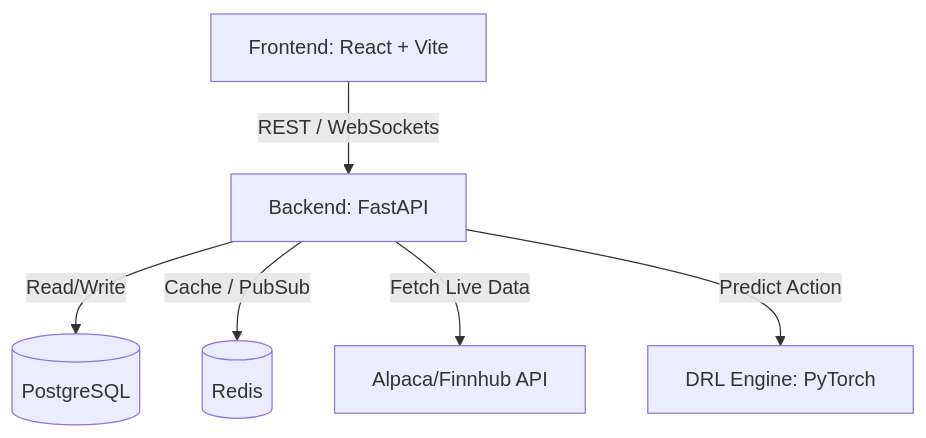
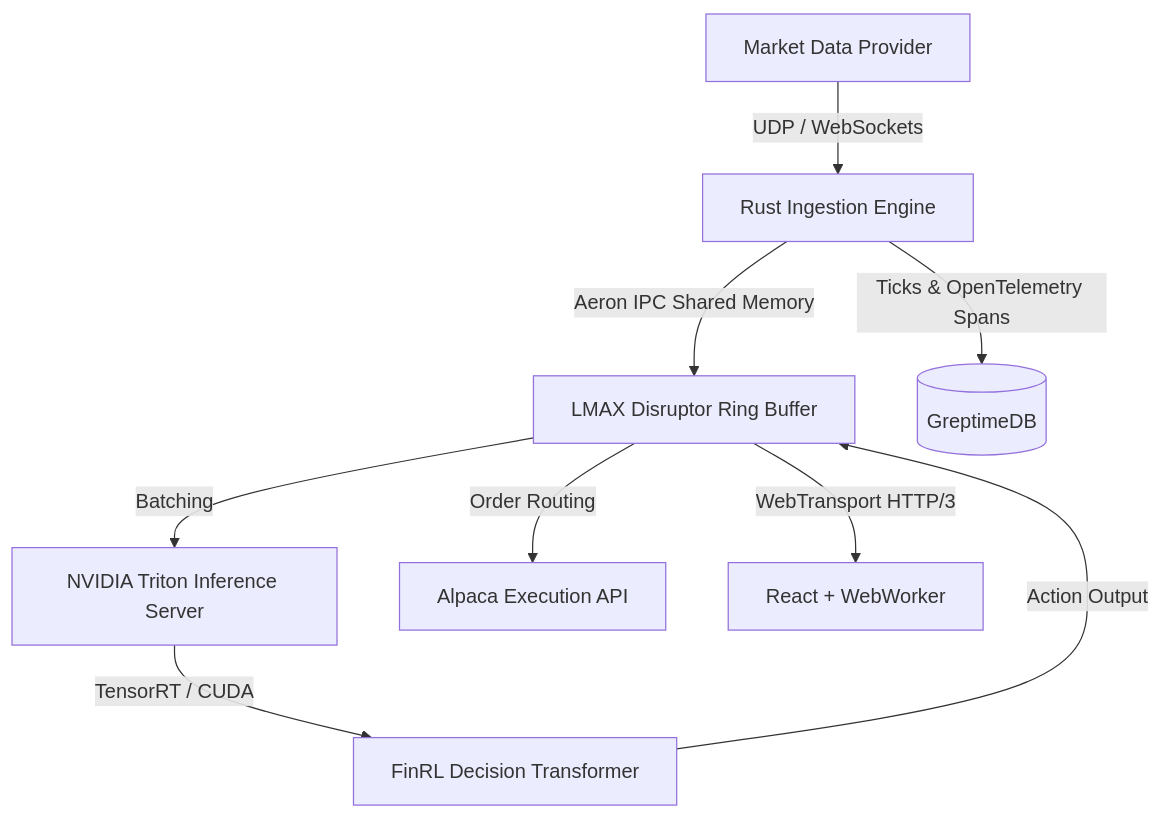
Before and after one commit to vikastiwari/drl-stock-trading-app: the diagram in docs/ARCHITECTURE.md, drawn with Mermaid. The commit also changed other lines of this file and 5 other files, not shown here.

Commit message:
docs: upgrade to enterprise-grade architecture and add .gitignore

````diff
--- a/docs/ARCHITECTURE.md
+++ b/docs/ARCHITECTURE.md
@@ -8,8 +8,14 @@
 ```mermaid
 graph TD
-    UI[Frontend: React + Vite] -->|REST / WebSockets| API[Backend: FastAPI]
-    API -->|Read/Write| DB[(PostgreSQL)]
-    API -->|Cache / PubSub| Redis[(Redis)]
-    API -->|Fetch Live Data| Market[Alpaca/Finnhub API]
-    API -->|Predict Action| DRL[DRL Engine: PyTorch]
+    Market[Market Data Provider] -->|UDP / WebSockets| Ingestor[Rust Ingestion Engine]
+    Ingestor -->|Aeron IPC Shared Memory| Disruptor[LMAX Disruptor Ring Buffer]
+    
+    Disruptor -->|Batching| Triton[NVIDIA Triton Inference Server]
+    Triton -->|TensorRT / CUDA| DRL[FinRL Decision Transformer]
+    DRL -->|Action Output| Disruptor
+    
+    Disruptor -->|Order Routing| Alpaca[Alpaca Execution API]
+    Disruptor -->|WebTransport HTTP/3| Frontend[React + WebWorker]
+    
+    Ingestor -->|Ticks & OpenTelemetry Spans| GreptimeDB[(GreptimeDB)]
 ```
````
